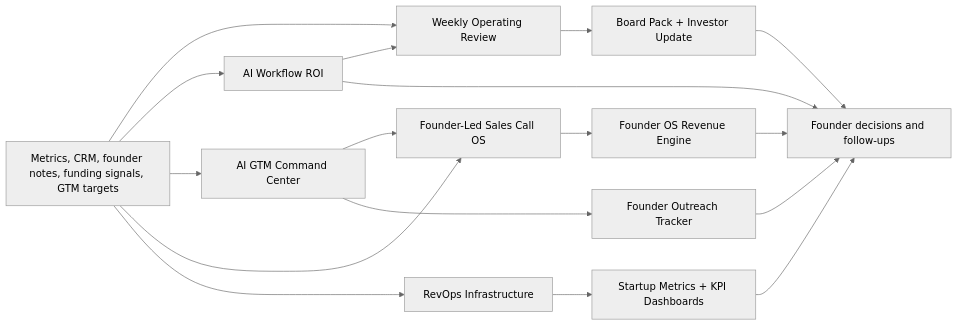
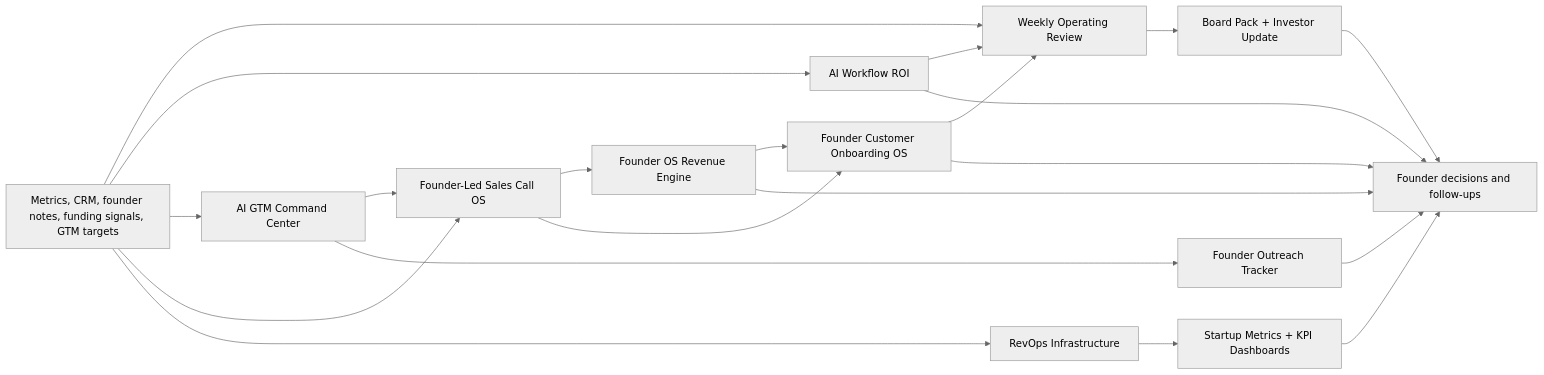
Before and after one commit to shubham1502-hue/founder-os: the diagram in README.md, drawn with Mermaid (neutral theme). The commit also changed other lines of this file, not shown here.

Commit message:
Add Founder Customer Onboarding OS portfolio links

````diff
--- a/README.md
+++ b/README.md
@@ -226,19 +227,23 @@
 ```mermaid
 flowchart LR
   Inputs["Metrics, CRM, founder notes, funding signals, GTM targets"] --> Review["Weekly Operating Review"]
   Inputs --> AIWorkflow["AI Workflow ROI"]
   Inputs --> GTM["AI GTM Command Center"]
   Inputs --> Calls["Founder-Led Sales Call OS"]
   Inputs --> RevOps["RevOps Infrastructure"]
   AIWorkflow --> Review
   AIWorkflow --> Decisions["Founder decisions and follow-ups"]
   Review --> Board["Board Pack + Investor Update"]
   GTM --> Calls
   Calls --> Revenue["Founder OS Revenue Engine"]
+  Calls --> Onboarding["Founder Customer Onboarding OS"]
+  Revenue --> Onboarding
+  Onboarding --> Review
+  Onboarding --> Decisions["Founder decisions and follow-ups"]
   GTM --> Outreach["Founder Outreach Tracker"]
   RevOps --> Metrics["Startup Metrics + KPI Dashboards"]
   Revenue --> Decisions["Founder decisions and follow-ups"]
   Board --> Decisions["Founder decisions and follow-ups"]
   Outreach --> Decisions
   Metrics --> Decisions
 ```
````
